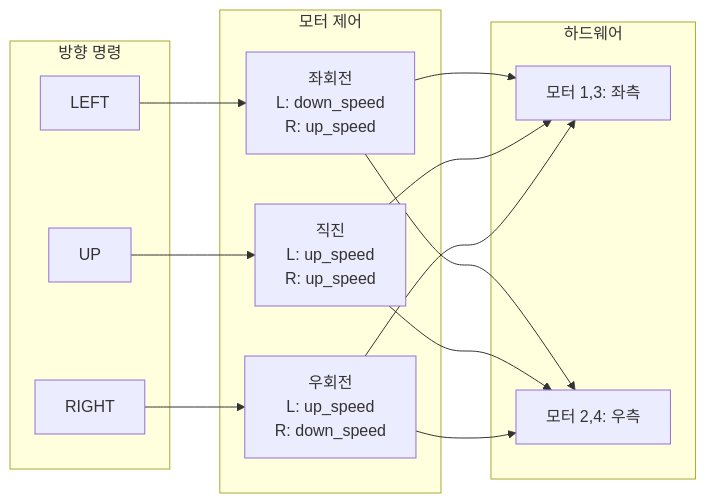
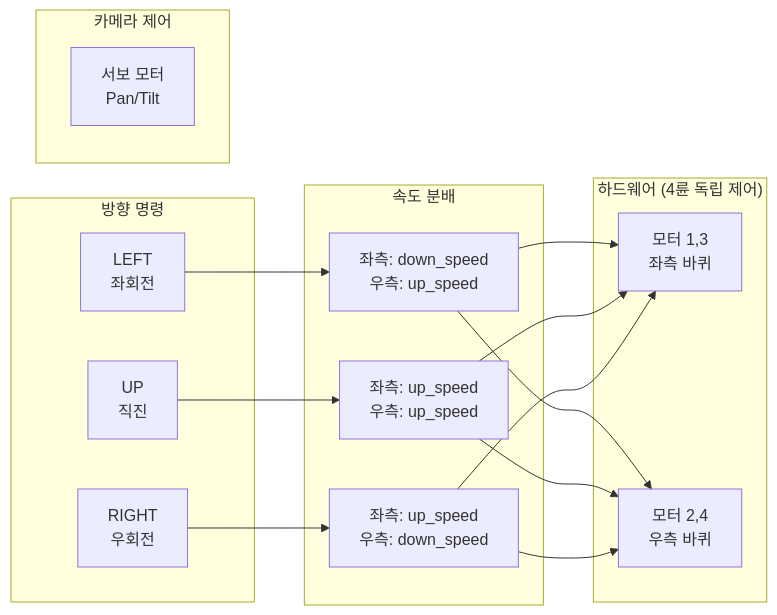
Diagram 12 of 16 in 06_final_self_driving/_2단계_알고리즘_및_구현_가이드.md (Collegenie-X/Raspbot-v2-self-driving-car), drawn with Mermaid before and after one commit. The commit also changed other lines of this file and 5 other files, not shown here.

````diff
--- a/06_final_self_driving/_2단계_알고리즘_및_구현_가이드.md
+++ b/06_final_self_driving/_2단계_알고리즘_및_구현_가이드.md
@@ -1198,30 +1265,34 @@
 ```mermaid
 flowchart LR
     subgraph "방향 명령"
-        D1[LEFT]
-        D2[UP]
-        D3[RIGHT]
+        D1[LEFT<br/>좌회전]
+        D2[UP<br/>직진]
+        D3[RIGHT<br/>우회전]
     end
     
-    subgraph "모터 제어"
-        M1["좌회전<br/>L: down_speed<br/>R: up_speed"]
-        M2["직진<br/>L: up_speed<br/>R: up_speed"]
-        M3["우회전<br/>L: up_speed<br/>R: down_speed"]
+    subgraph "속도 분배"
+        M1["좌측: down_speed<br/>우측: up_speed"]
+        M2["좌측: up_speed<br/>우측: up_speed"]
+        M3["좌측: up_speed<br/>우측: down_speed"]
     end
     
-    subgraph "하드웨어"
-        H1["모터 1,3: 좌측"]
-        H2["모터 2,4: 우측"]
+    subgraph "하드웨어 (4륜 독립 제어)"
+        H1["모터 1,3<br/>좌측 바퀴"]
+        H2["모터 2,4<br/>우측 바퀴"]
+    end
+    
+    subgraph "카메라 제어"
+        S1["서보 모터<br/>Pan/Tilt"]
     end
     
     D1 --> M1
     D2 --> M2
     D3 --> M3
     
     M1 --> H1
     M1 --> H2
     M2 --> H1
     M2 --> H2
     M3 --> H1
     M3 --> H2
 ```
````
